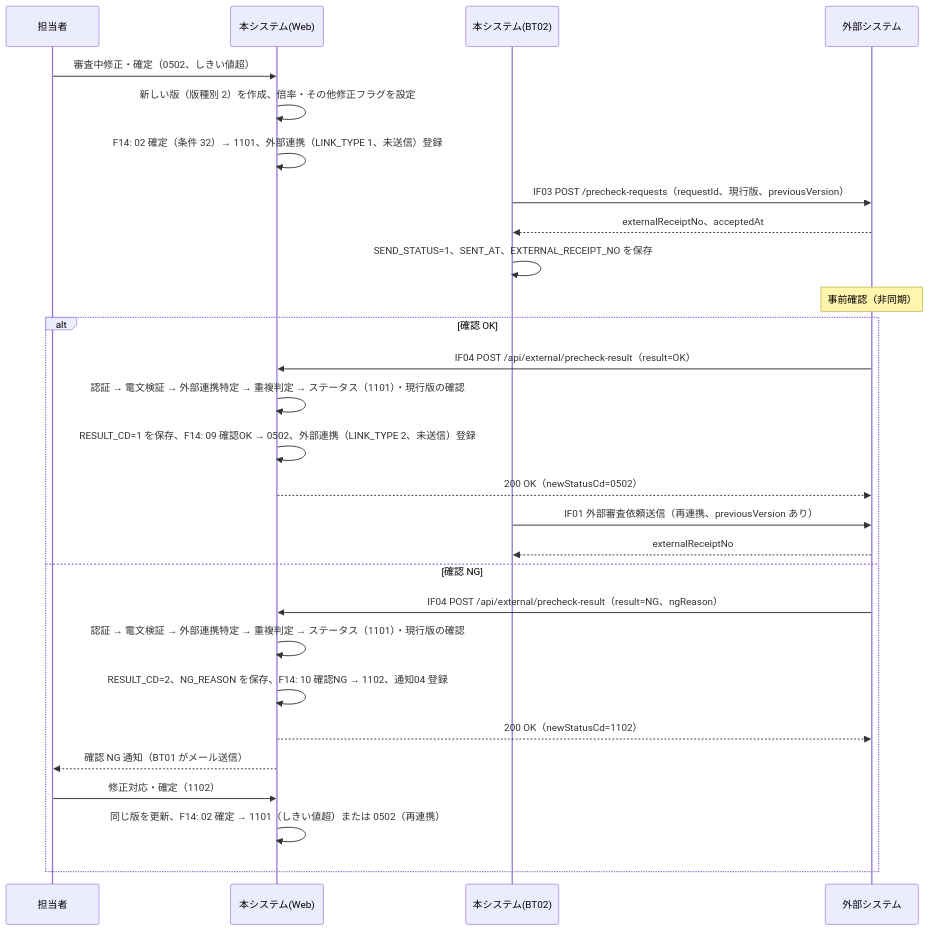
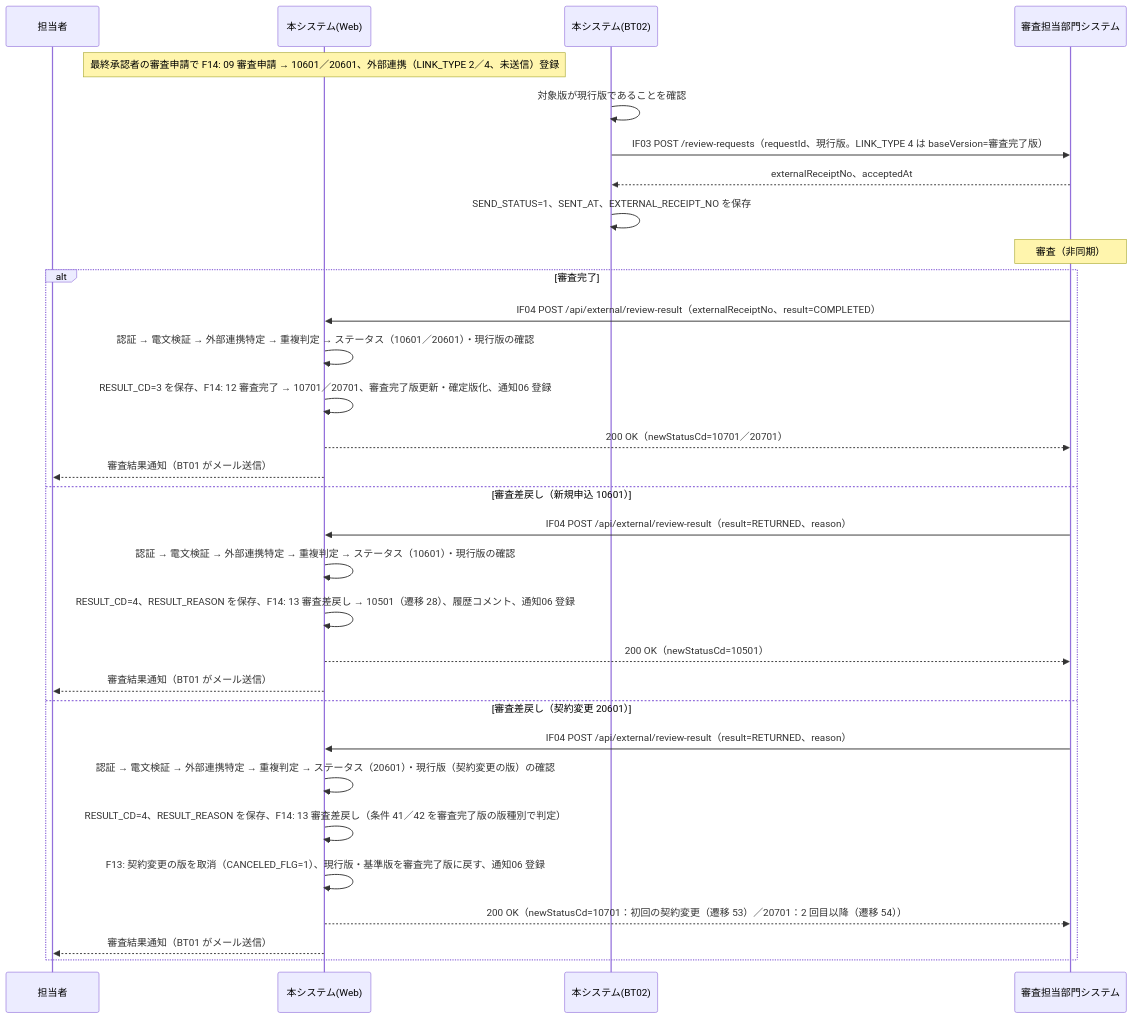
One commit to yasudaProduct/JavaServletSample2 changed the second of 2 diagrams in docs/basic-design/12-external-interface.md. Above: the diagram before and after it, drawn with Mermaid. The commit also changed other lines of this file and 26 other files, not shown here.

````diff
--- a/docs/basic-design/12-external-interface.md
+++ b/docs/basic-design/12-external-interface.md
@@ -381,30 +412,33 @@
 ```mermaid
 sequenceDiagram
     participant O as 担当者
     participant W as 本システム(Web)
     participant B as 本システム(BT02)
-    participant E as 外部システム
-    O->>W: 審査中修正・確定（0502、しきい値超）
-    W->>W: 新しい版（版種別 2）を作成、倍率・その他修正フラグを設定
-    W->>W: F14: 02 確定（条件 32）→ 1101、外部連携（LINK_TYPE 1、未送信）登録
-    B->>E: IF03 POST /precheck-requests（requestId、現行版、previousVersion）
+    participant E as 審査担当部門システム
+    Note over W: 最終承認者の審査申請で F14: 09 審査申請 → 10601／20601、外部連携（LINK_TYPE 2／4、未送信）登録
+    B->>B: 対象版が現行版であることを確認
+    B->>E: IF03 POST /review-requests（requestId、現行版。LINK_TYPE 4 は baseVersion=審査完了版）
     E-->>B: externalReceiptNo、acceptedAt
     B->>B: SEND_STATUS=1、SENT_AT、EXTERNAL_RECEIPT_NO を保存
-    Note over E: 事前確認（非同期）
-    alt 確認 OK
-        E->>W: IF04 POST /api/external/precheck-result（result=OK）
-        W->>W: 認証 → 電文検証 → 外部連携特定 → 重複判定 → ステータス（1101）・現行版の確認
-        W->>W: RESULT_CD=1 を保存、F14: 09 確認OK → 0502、外部連携（LINK_TYPE 2、未送信）登録
-        W-->>E: 200 OK（newStatusCd=0502）
-        B->>E: IF01 外部審査依頼送信（再連携、previousVersion あり）
-        E-->>B: externalReceiptNo
-    else 確認 NG
-        E->>W: IF04 POST /api/external/precheck-result（result=NG、ngReason）
-        W->>W: 認証 → 電文検証 → 外部連携特定 → 重複判定 → ステータス（1101）・現行版の確認
-        W->>W: RESULT_CD=2、NG_REASON を保存、F14: 10 確認NG → 1102、通知04 登録
-        W-->>E: 200 OK（newStatusCd=1102）
-        W-->>O: 確認 NG 通知（BT01 がメール送信）
-        O->>W: 修正対応・確定（1102）
-        W->>W: 同じ版を更新、F14: 02 確定 → 1101（しきい値超）または 0502（再連携）
+    Note over E: 審査（非同期）
+    alt 審査完了
+        E->>W: IF04 POST /api/external/review-result（externalReceiptNo、result=COMPLETED）
+        W->>W: 認証 → 電文検証 → 外部連携特定 → 重複判定 → ステータス（10601／20601）・現行版の確認
+        W->>W: RESULT_CD=3 を保存、F14: 12 審査完了 → 10701／20701、審査完了版更新・確定版化、通知06 登録
+        W-->>E: 200 OK（newStatusCd=10701／20701）
+        W-->>O: 審査結果通知（BT01 がメール送信）
+    else 審査差戻し（新規申込 10601）
+        E->>W: IF04 POST /api/external/review-result（result=RETURNED、reason）
+        W->>W: 認証 → 電文検証 → 外部連携特定 → 重複判定 → ステータス（10601）・現行版の確認
+        W->>W: RESULT_CD=4、RESULT_REASON を保存、F14: 13 審査差戻し → 10501（遷移 28）、履歴コメント、通知06 登録
+        W-->>E: 200 OK（newStatusCd=10501）
+        W-->>O: 審査結果通知（BT01 がメール送信）
+    else 審査差戻し（契約変更 20601）
+        E->>W: IF04 POST /api/external/review-result（result=RETURNED、reason）
+        W->>W: 認証 → 電文検証 → 外部連携特定 → 重複判定 → ステータス（20601）・現行版（契約変更の版）の確認
+        W->>W: RESULT_CD=4、RESULT_REASON を保存、F14: 13 審査差戻し（条件 41／42 を審査完了版の版種別で判定）
+        W->>W: F13: 契約変更の版を取消（CANCELED_FLG=1）、現行版・基準版を審査完了版に戻す、通知06 登録
+        W-->>E: 200 OK（newStatusCd=10701：初回の契約変更（遷移 53）／20701：2 回目以降（遷移 54））
+        W-->>O: 審査結果通知（BT01 がメール送信）
     end
 ```
````
